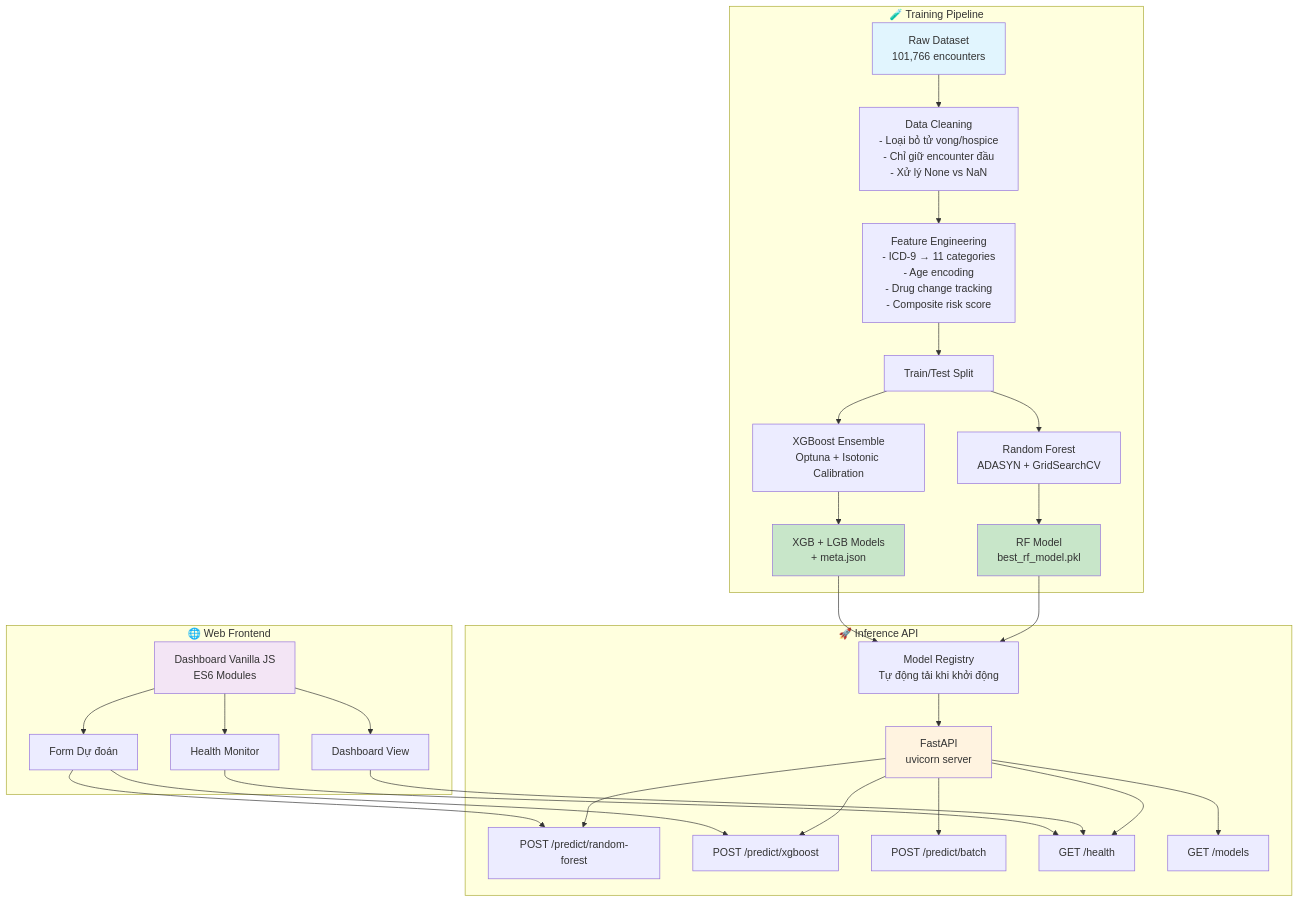
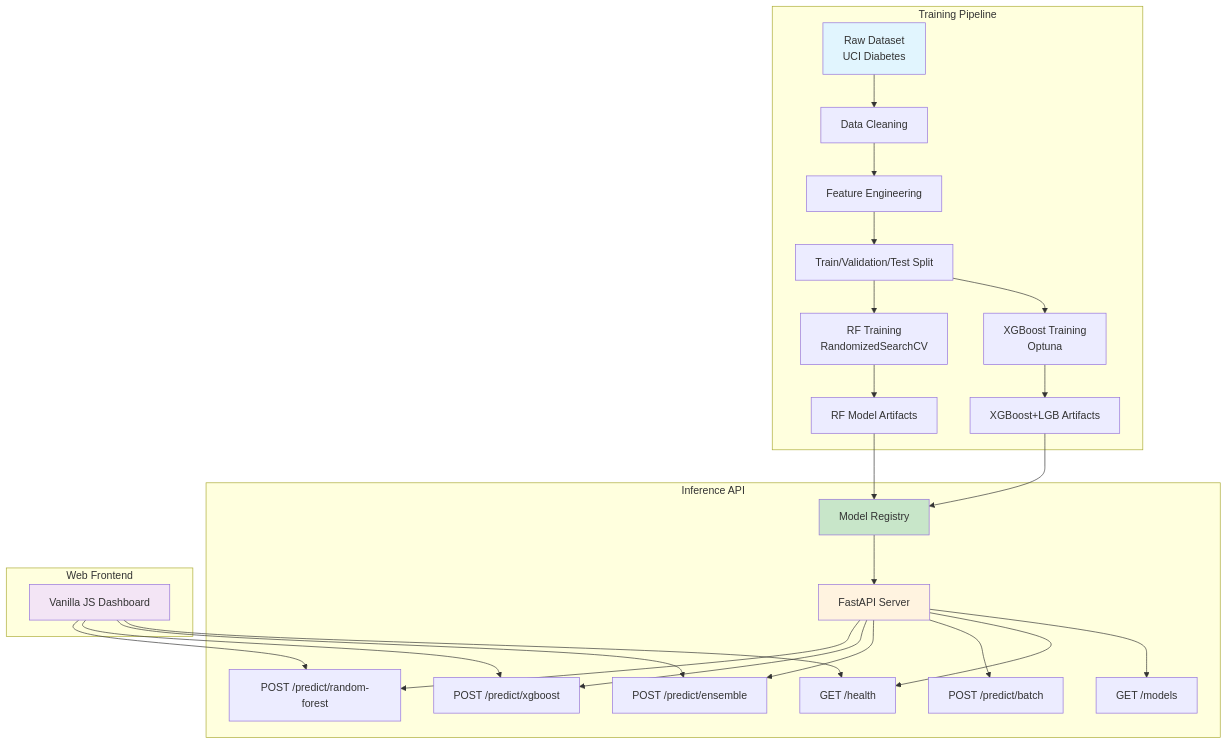
Before and after one commit to quangnhathung/patient-readmission-prediction-core-aplication: the first of 4 diagrams in README.md, drawn with Mermaid. The commit also changed other lines of this file and 8 other files, not shown here.

````diff
--- a/README.md
+++ b/README.md
@@ -58,43 +115,35 @@
 ```mermaid
-graph TD
-    subgraph "🧪 Training Pipeline"
-        A[Raw Dataset<br/>101,766 encounters] --> B[Data Cleaning<br/>- Loại bỏ tử vong/hospice<br/>- Chỉ giữ encounter đầu<br/>- Xử lý None vs NaN]
-        B --> C[Feature Engineering<br/>- ICD-9 → 11 categories<br/>- Age encoding<br/>- Drug change tracking<br/>- Composite risk score]
-        C --> D[Train/Test Split]
-        D --> E[Random Forest<br/>ADASYN + GridSearchCV]
-        D --> F[XGBoost Ensemble<br/>Optuna + Isotonic Calibration]
-        E --> G[RF Model<br/>best_rf_model.pkl]
-        F --> H[XGB + LGB Models<br/>+ meta.json]
+graph TB
+    subgraph "Training Pipeline"
+        A[Raw Dataset<br/>UCI Diabetes] --> B[Data Cleaning]
+        B --> C[Feature Engineering]
+        C --> D[Train/Validation/Test Split]
+        D --> E[RF Training<br/>RandomizedSearchCV]
+        D --> F[XGBoost Training<br/>Optuna]
+        E --> G[RF Model Artifacts]
+        F --> H[XGBoost+LGB Artifacts]
     end
 
-    subgraph "🚀 Inference API"
-        G --> I[Model Registry<br/>Tự động tải khi khởi động]
-        H --> I
-        I --> J[FastAPI<br/>uvicorn server]
+    subgraph "Inference API"
+        I[Model Registry] --> J[FastAPI Server]
         J --> K[POST /predict/random-forest]
         J --> L[POST /predict/xgboost]
-        J --> M[POST /predict/batch]
-        J --> N[GET /health]
-        J --> O[GET /models]
+        J --> M[POST /predict/ensemble]
+        J --> N[POST /predict/batch]
+        J --> O[GET /health]
+        J --> P[GET /models]
     end
 
-    subgraph "🌐 Web Frontend"
-        P[Dashboard Vanilla JS<br/>ES6 Modules]
-        Q[Dashboard View]
-        R[Form Dự đoán]
-        S[Health Monitor]
-        P --> Q
-        P --> R
-        P --> S
-        R --> K
-        R --> L
-        Q --> N
-        S --> N
+    subgraph "Web Frontend"
+        Q[Vanilla JS Dashboard]
+        Q --> K & L & M & O
     end
 
+    G --> I
+    H --> I
+
     style A fill:#e1f5fe
-    style G fill:#c8e6c9
-    style H fill:#c8e6c9
+    style I fill:#c8e6c9
     style J fill:#fff3e0
-    style P fill:#f3e5f5
+    style Q fill:#f3e5f5
 ```
````
